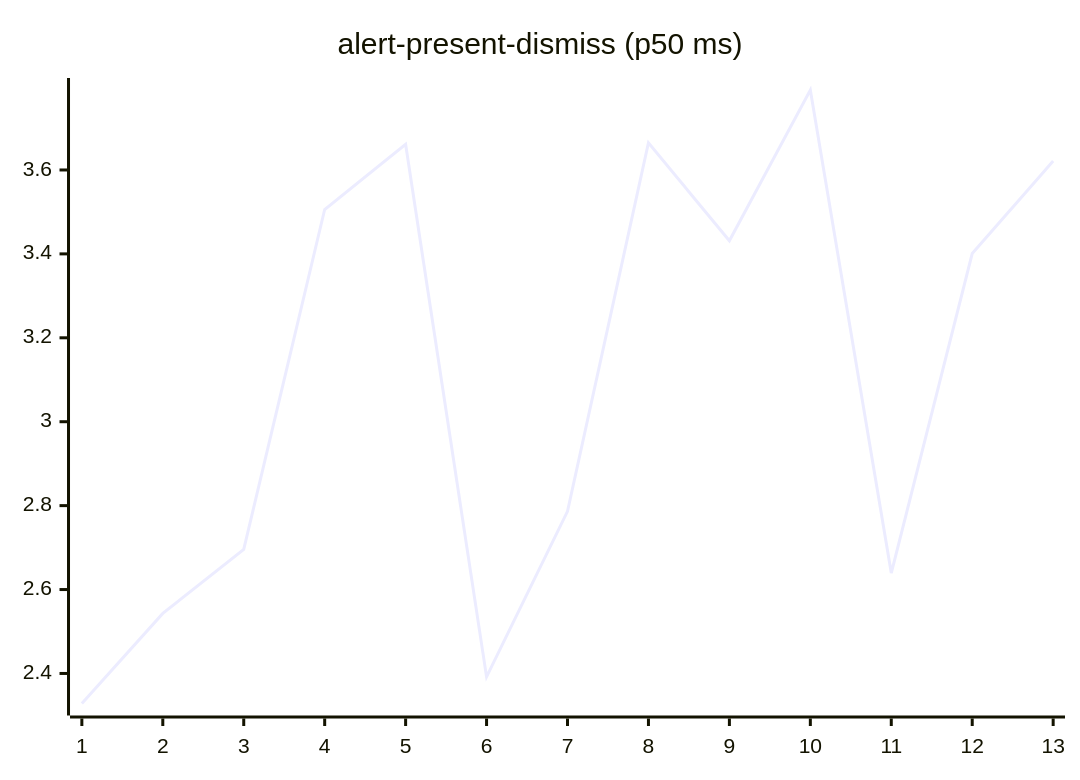
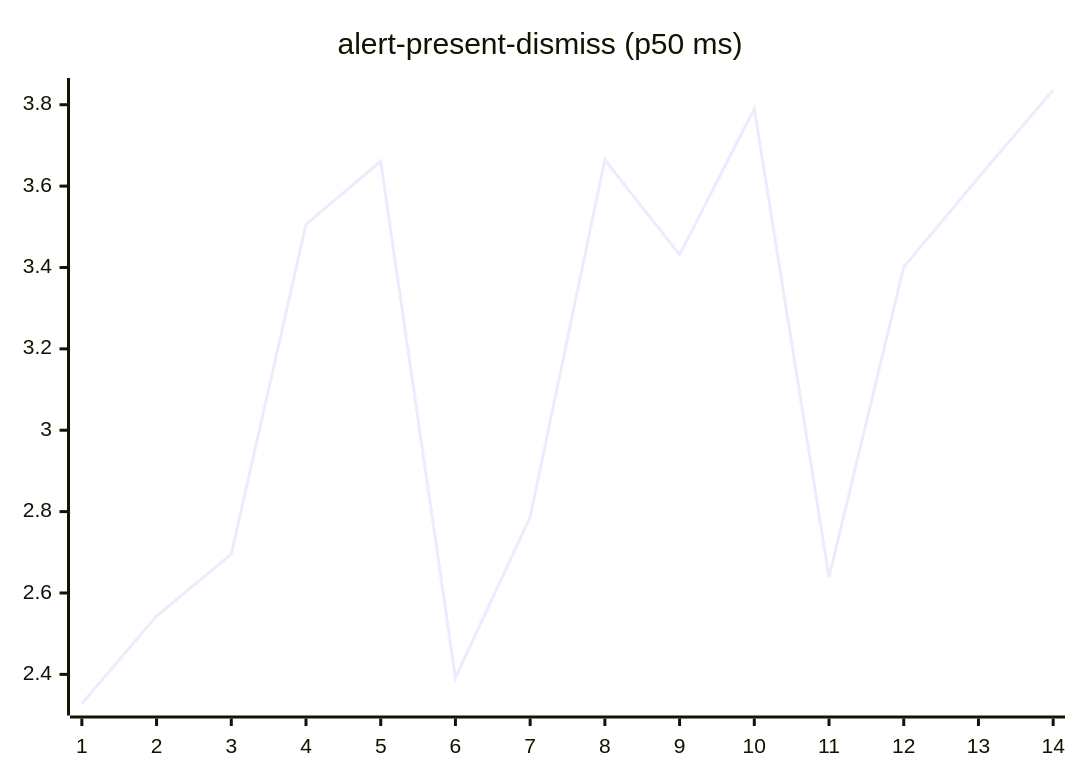
One commit to josha/Facet changed the second of 27 diagrams in README.md. Above: the diagram before and after it, drawn with Mermaid. The commit also changed other lines of this file and 2 other files, not shown here.

````diff
--- a/README.md
+++ b/README.md
@@ -70,6 +70,6 @@
 ```mermaid
 xychart-beta
     title "alert-present-dismiss (p50 ms)"
-    x-axis 1 --> 13
-    line [2.3284, 2.5432, 2.6957, 3.5058, 3.6611, 2.3918, 2.7865, 3.6648, 3.4312, 3.7906, 2.6392, 3.4008, 3.6212]
+    x-axis 1 --> 14
+    line [2.3284, 2.5432, 2.6957, 3.5058, 3.6611, 2.3918, 2.7865, 3.6648, 3.4312, 3.7906, 2.6392, 3.4008, 3.6212, 3.8362]
 ```
````
